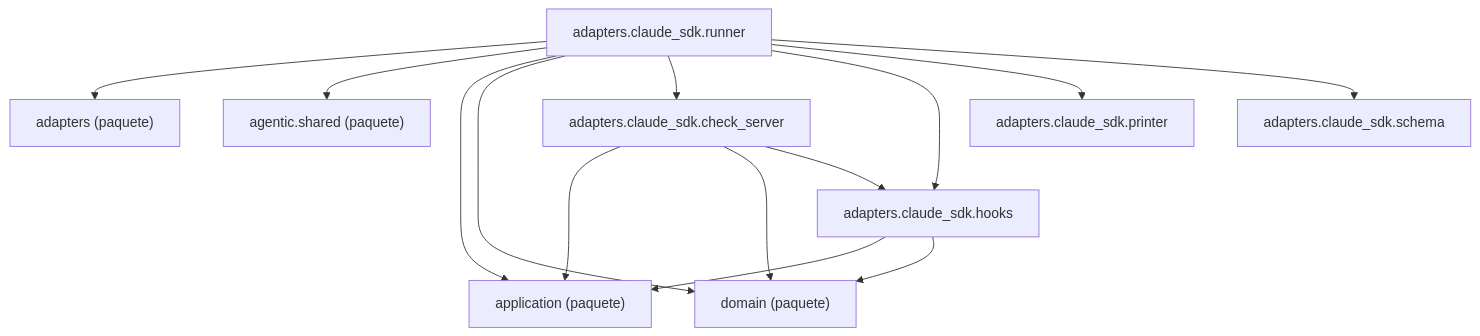
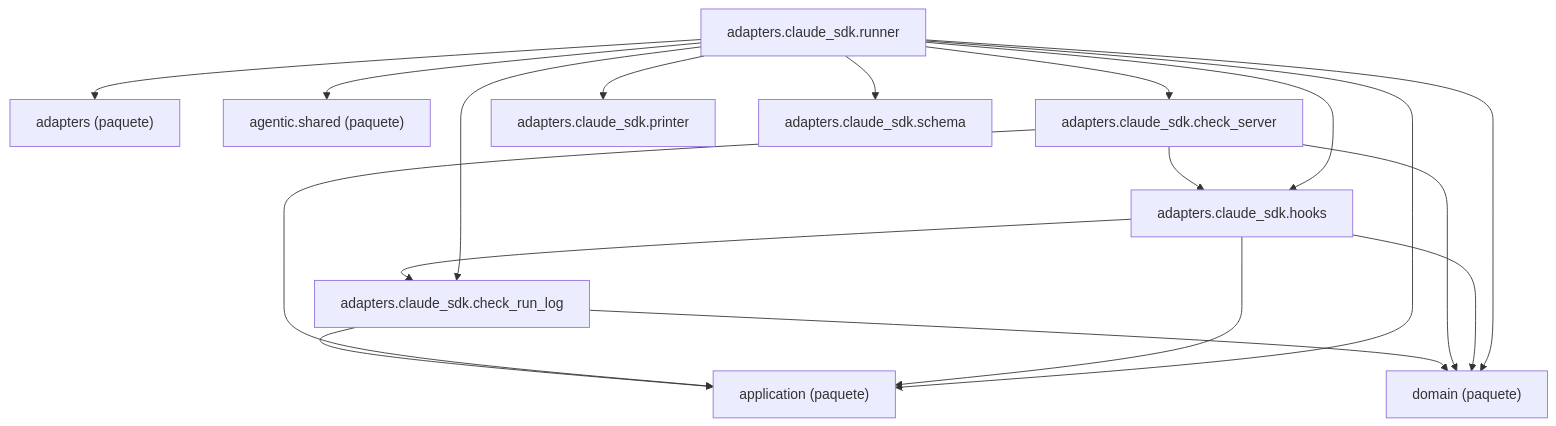
One commit to GonzaloZevallos/agentic-system changed the diagram in docs/architecture/generated/packages-process-adapters-claude_sdk.md. Above: the diagram before and after it, drawn with Mermaid. The commit also changed 10 other files, not shown here.

Commit message:
Regenerate the architecture docs for the check-run log

````diff
--- a/docs/architecture/generated/packages-process-adapters-claude_sdk.md
+++ b/docs/architecture/generated/packages-process-adapters-claude_sdk.md
@@ -14,25 +14,30 @@
 ```mermaid
 graph TD
     g_pkg__adapters["adapters (paquete)"]
     g_pkg__agentic__shared["agentic.shared (paquete)"]
     g_pkg__application["application (paquete)"]
     g_pkg__domain["domain (paquete)"]
+    m_adapters__claude_sdk__check_run_log["adapters.claude_sdk.check_run_log"]
     m_adapters__claude_sdk__check_server["adapters.claude_sdk.check_server"]
     m_adapters__claude_sdk__hooks["adapters.claude_sdk.hooks"]
     m_adapters__claude_sdk__printer["adapters.claude_sdk.printer"]
     m_adapters__claude_sdk__runner["adapters.claude_sdk.runner"]
     m_adapters__claude_sdk__schema["adapters.claude_sdk.schema"]
+    m_adapters__claude_sdk__check_run_log --> g_pkg__application
+    m_adapters__claude_sdk__check_run_log --> g_pkg__domain
     m_adapters__claude_sdk__check_server --> g_pkg__application
     m_adapters__claude_sdk__check_server --> g_pkg__domain
     m_adapters__claude_sdk__check_server --> m_adapters__claude_sdk__hooks
     m_adapters__claude_sdk__hooks --> g_pkg__application
     m_adapters__claude_sdk__hooks --> g_pkg__domain
+    m_adapters__claude_sdk__hooks --> m_adapters__claude_sdk__check_run_log
     m_adapters__claude_sdk__runner --> g_pkg__adapters
     m_adapters__claude_sdk__runner --> g_pkg__agentic__shared
     m_adapters__claude_sdk__runner --> g_pkg__application
     m_adapters__claude_sdk__runner --> g_pkg__domain
+    m_adapters__claude_sdk__runner --> m_adapters__claude_sdk__check_run_log
     m_adapters__claude_sdk__runner --> m_adapters__claude_sdk__check_server
     m_adapters__claude_sdk__runner --> m_adapters__claude_sdk__hooks
     m_adapters__claude_sdk__runner --> m_adapters__claude_sdk__printer
     m_adapters__claude_sdk__runner --> m_adapters__claude_sdk__schema
 ```
````
